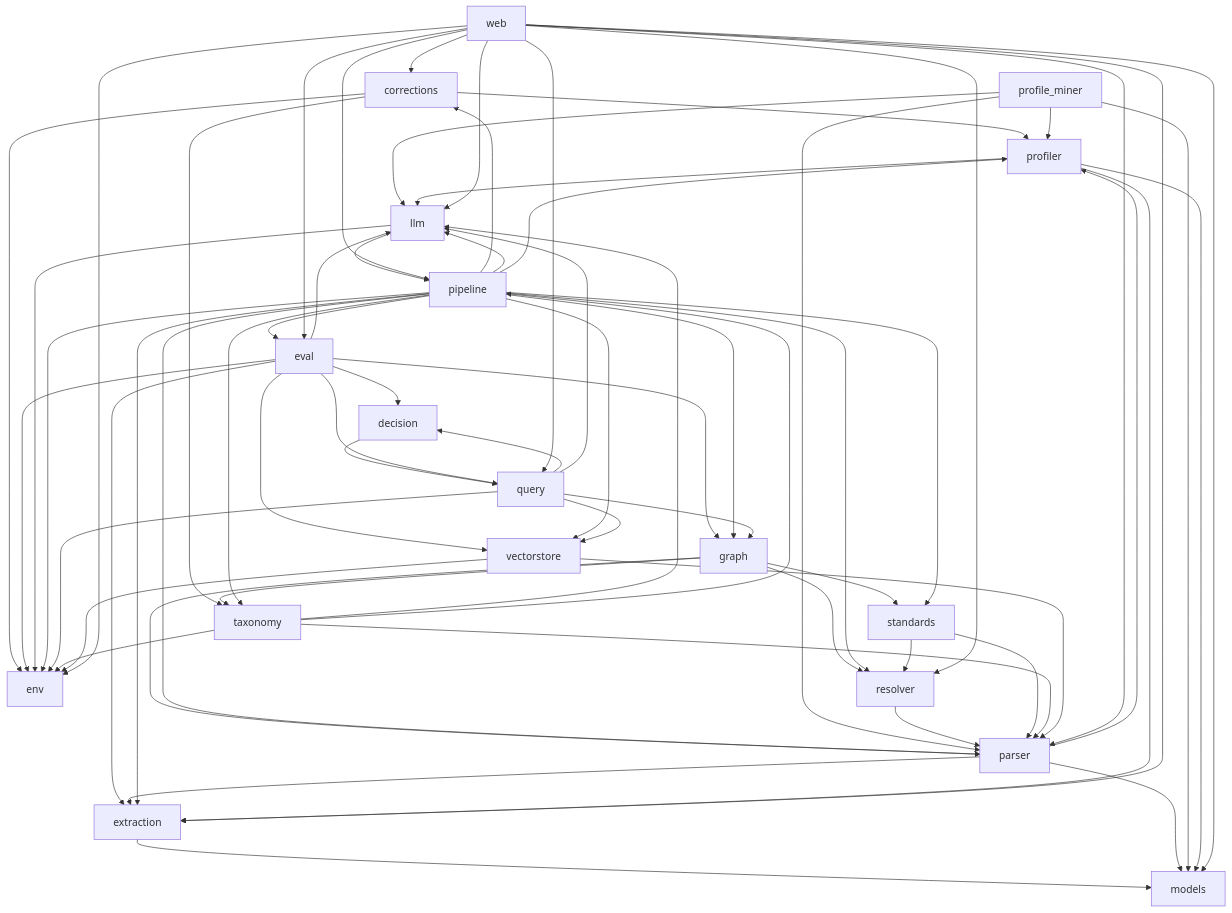
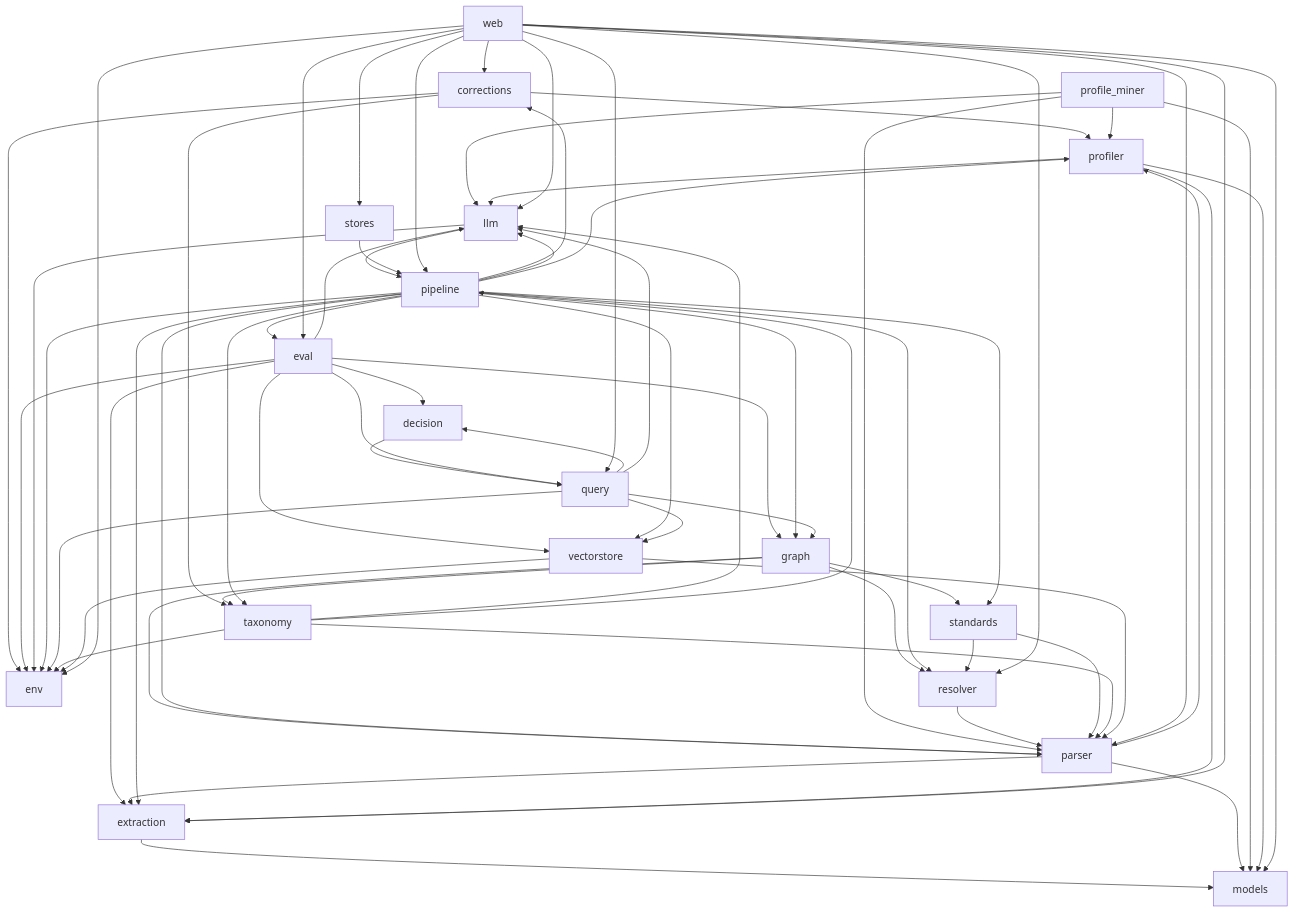
The diagram in docs/compact/MAP.md (kurnoolion/nora), drawn with Mermaid before and after one commit. The commit also changed other lines of this file and 62 other files, not shown here.

````diff
--- a/docs/compact/MAP.md
+++ b/docs/compact/MAP.md
@@ -44,6 +45,7 @@
     m_query[query]
     m_resolver[resolver]
     m_standards[standards]
+    m_stores[stores]
     m_taxonomy[taxonomy]
     m_vectorstore[vectorstore]
     m_web[web]
@@ -95,6 +97,7 @@
     m_resolver --> m_parser
     m_standards --> m_parser
     m_standards --> m_resolver
+    m_stores --> m_pipeline
     m_taxonomy --> m_env
     m_taxonomy --> m_llm
     m_taxonomy --> m_parser
@@ -111,4 +114,5 @@
     m_web --> m_pipeline
     m_web --> m_query
     m_web --> m_resolver
+    m_web --> m_stores
 ```
````
